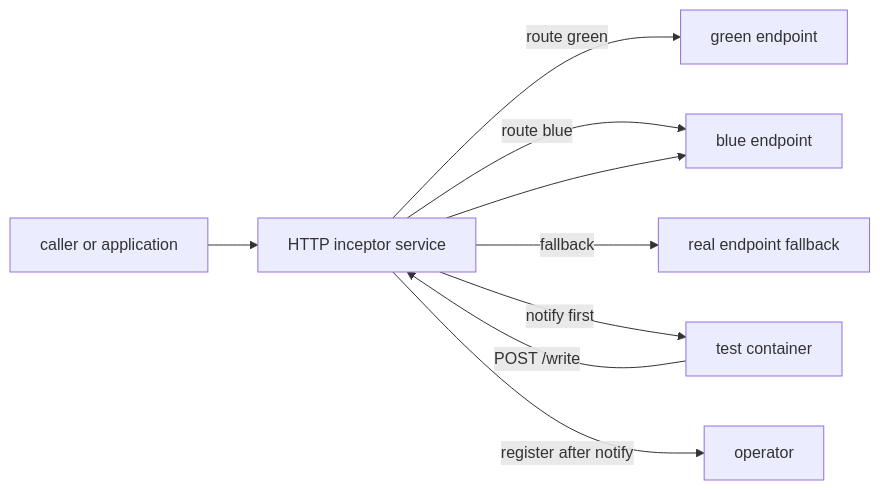
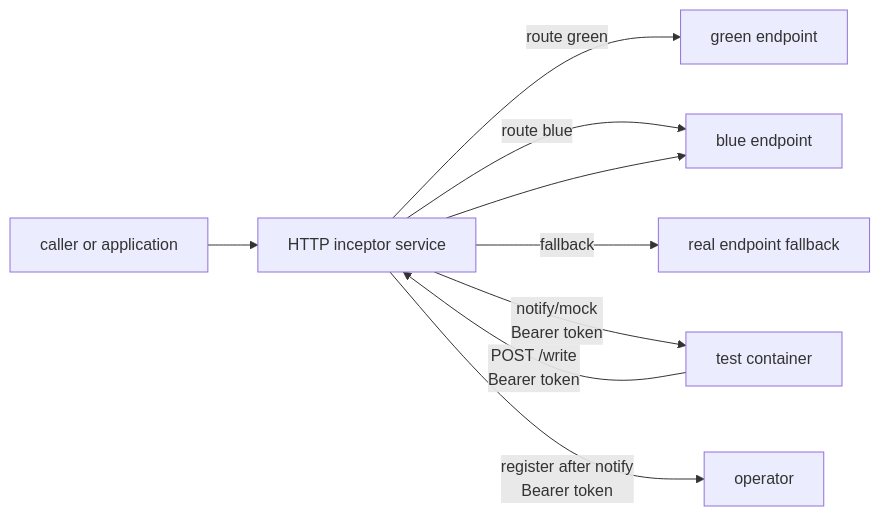
Before and after one commit to dlahmad/fluidbgoperator: the first of 3 diagrams in docs/reference/plugins/http.md, drawn with Mermaid. The commit also changed other lines of this file and 50 other files, not shown here.

````diff
--- a/docs/reference/plugins/http.md
+++ b/docs/reference/plugins/http.md
@@ -21,19 +24,19 @@
 ```mermaid
 flowchart LR
     CLIENT["caller or application"]
     HP["HTTP inceptor service"]
     GREEN["green endpoint"]
     BLUE["blue endpoint"]
     UP["real endpoint fallback"]
     TEST["test container"]
     OP["operator"]
 
     CLIENT --> HP
     HP -->|"route green"| GREEN
     HP -->|"route blue"| BLUE
     HP -->|"fallback"| UP
-    HP -->|"notify first"| TEST
-    HP -->|"register after notify"| OP
-    TEST -->|"POST /write"| HP
+    HP -->|"notify/mock<br/>Bearer token"| TEST
+    HP -->|"register after notify<br/>Bearer token"| OP
+    TEST -->|"POST /write<br/>Bearer token"| HP
     HP --> BLUE
 ```
````
